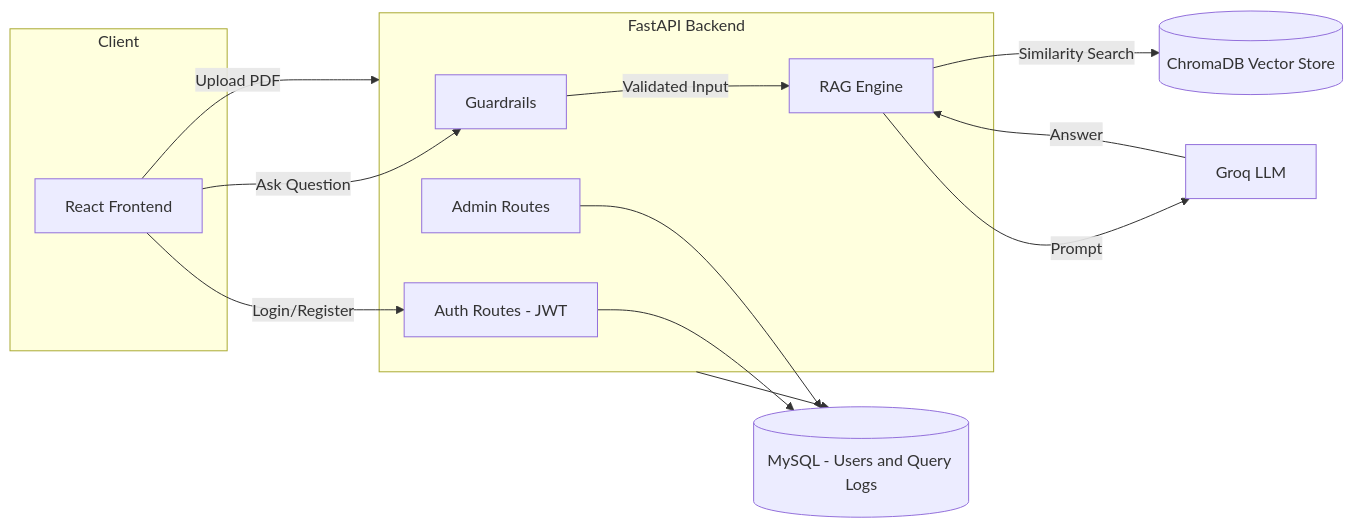
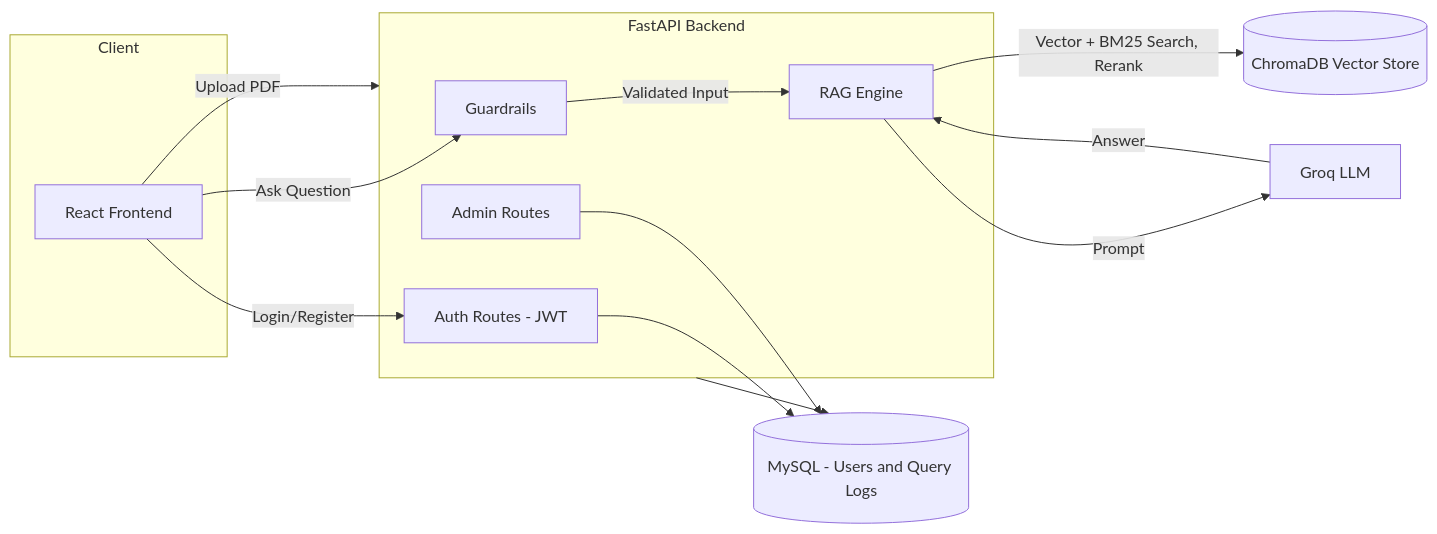
One commit to mkarthikaravind1/DocMind---RAG-Assistant changed the diagram in README.md. Above: the diagram before and after it, drawn with Mermaid. The commit also changed other lines of this file and 7 other files, not shown here.

Commit message:
Add hybrid search: BM25 + vector retrieval with cross-encoder reranking

````diff
--- a/README.md
+++ b/README.md
@@ -43,28 +44,28 @@
 ```mermaid
 flowchart LR
     subgraph Client
         UI[React Frontend]
     end
 
     subgraph API[FastAPI Backend]
         Auth[Auth Routes - JWT]
         Guard[Guardrails]
         RAG[RAG Engine]
         Admin[Admin Routes]
     end
 
     DB[(MySQL - Users and Query Logs)]
     Vector[(ChromaDB Vector Store)]
     LLM[Groq LLM]
 
     UI -->|Login/Register| Auth
     UI -->|Upload PDF| API
     UI -->|Ask Question| Guard
     Guard -->|Validated Input| RAG
-    RAG -->|Similarity Search| Vector
+    RAG -->|Vector + BM25 Search, Rerank| Vector
     RAG -->|Prompt| LLM
     LLM -->|Answer| RAG
     Auth --> DB
     API --> DB
     Admin --> DB
 ```
````
